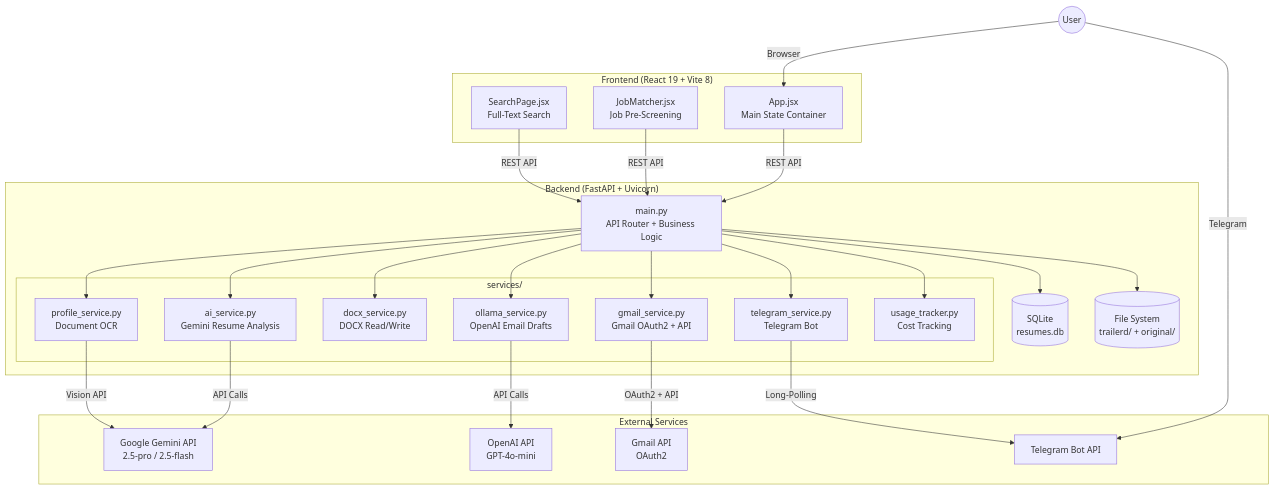
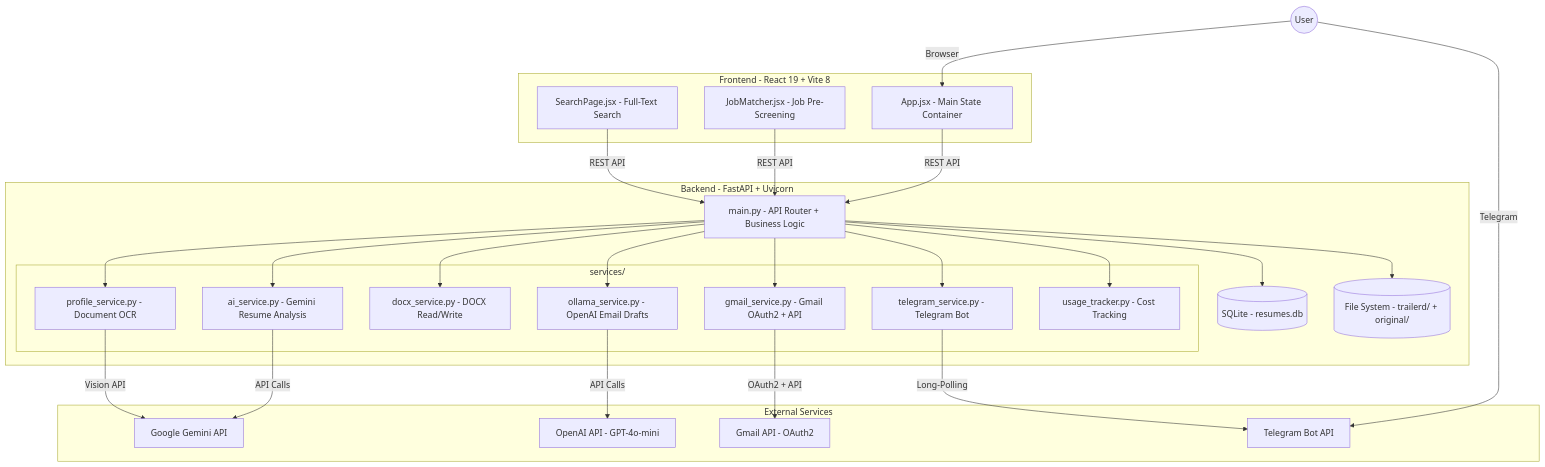
The first of 2 diagrams in docx/System_Architecture.md (tejamahesh1433/job-trailerd-resume), drawn with Mermaid before and after one commit. The commit also changed other lines of this file and 3 other files, not shown here.

Commit message:
docs: add architecture and data flow documentation for backend and frontend systems

````diff
--- a/docx/System_Architecture.md
+++ b/docx/System_Architecture.md
@@ -5,56 +5,56 @@
 ```mermaid
 graph TB
     User((User))
 
-    subgraph Frontend ["Frontend (React 19 + Vite 8)"]
-        App["App.jsx<br/>Main State Container"]
-        JM["JobMatcher.jsx<br/>Job Pre-Screening"]
-        SP["SearchPage.jsx<br/>Full-Text Search"]
+    subgraph Frontend ["Frontend - React 19 + Vite 8"]
+        App["App.jsx - Main State Container"]
+        JM["JobMatcher.jsx - Job Pre-Screening"]
+        SP["SearchPage.jsx - Full-Text Search"]
     end
 
-    subgraph Backend ["Backend (FastAPI + Uvicorn)"]
-        Router["main.py<br/>API Router + Business Logic"]
+    subgraph Backend ["Backend - FastAPI + Uvicorn"]
+        Router["main.py - API Router + Business Logic"]
 
         subgraph Services ["services/"]
-            AIS["ai_service.py<br/>Gemini Resume Analysis"]
-            OLS["ollama_service.py<br/>OpenAI Email Drafts"]
-            DXS["docx_service.py<br/>DOCX Read/Write"]
-            GMS["gmail_service.py<br/>Gmail OAuth2 + API"]
-            TGS["telegram_service.py<br/>Telegram Bot"]
-            PFS["profile_service.py<br/>Document OCR"]
-            UTS["usage_tracker.py<br/>Cost Tracking"]
+            AIS["ai_service.py - Gemini Resume Analysis"]
+            OLS["ollama_service.py - OpenAI Email Drafts"]
+            DXS["docx_service.py - DOCX Read/Write"]
+            GMS["gmail_service.py - Gmail OAuth2 + API"]
+            TGS["telegram_service.py - Telegram Bot"]
+            PFS["profile_service.py - Document OCR"]
+            UTS["usage_tracker.py - Cost Tracking"]
         end
 
-        DB[("SQLite<br/>resumes.db")]
-        FS[("File System<br/>trailerd/ + original/")]
+        DB[("SQLite - resumes.db")]
+        FS[("File System - trailerd/ + original/")]
     end
 
     subgraph External ["External Services"]
-        Gemini["Google Gemini API<br/>2.5-pro / 2.5-flash"]
-        OpenAI["OpenAI API<br/>GPT-4o-mini"]
-        Gmail["Gmail API<br/>OAuth2"]
+        Gemini["Google Gemini API"]
+        OpenAI["OpenAI API - GPT-4o-mini"]
+        Gmail["Gmail API - OAuth2"]
         TGBot["Telegram Bot API"]
     end
 
     User -->|Browser| App
     User -->|Telegram| TGBot
     App -->|REST API| Router
     JM -->|REST API| Router
     SP -->|REST API| Router
 
     Router --> AIS
     Router --> OLS
     Router --> DXS
     Router --> GMS
     Router --> TGS
     Router --> PFS
     Router --> UTS
     Router --> DB
     Router --> FS
 
     AIS -->|API Calls| Gemini
     OLS -->|API Calls| OpenAI
     GMS -->|OAuth2 + API| Gmail
     TGS -->|Long-Polling| TGBot
     PFS -->|Vision API| Gemini
 ```
````
